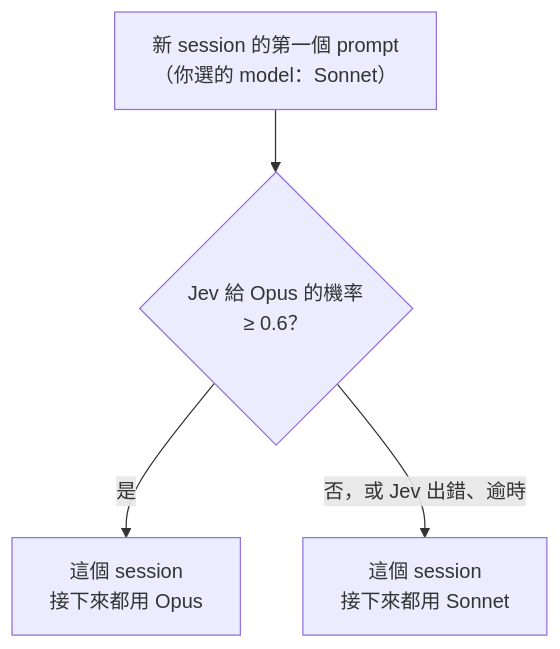
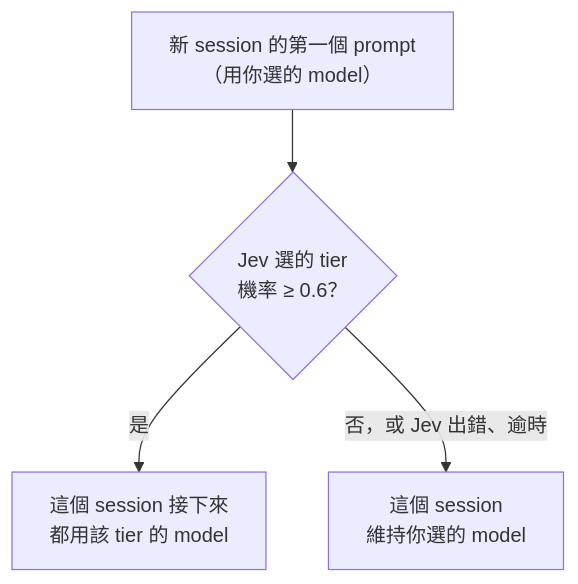
Before and after one commit to KevinYu1580/jcGearbox: the first of 3 diagrams in README.zh-TW.md, drawn with Mermaid. The commit also changed other lines of this file and 2 other files, not shown here.

First line of the commit message:
docs(readme): 新增解決問題說明，流程圖不寫死 model 名稱

````diff
--- a/README.zh-TW.md
+++ b/README.zh-TW.md
@@ -48,6 +52,6 @@
 ```mermaid
 flowchart TD
-    P["新 session 的第一個 prompt<br/>（你選的 model：Sonnet）"] --> Q{"Jev 給 Opus 的機率<br/>≥ 0.6？"}
-    Q -->|"是"| O["這個 session<br/>接下來都用 Opus"]
-    Q -->|"否，或 Jev 出錯、逾時"| S["這個 session<br/>接下來都用 Sonnet"]
+    P["新 session 的第一個 prompt<br/>（用你選的 model）"] --> Q{"Jev 選的 tier<br/>機率 ≥ 0.6？"}
+    Q -->|"是"| O["這個 session 接下來<br/>都用該 tier 的 model"]
+    Q -->|"否，或 Jev 出錯、逾時"| S["這個 session<br/>維持你選的 model"]
 ```
````
